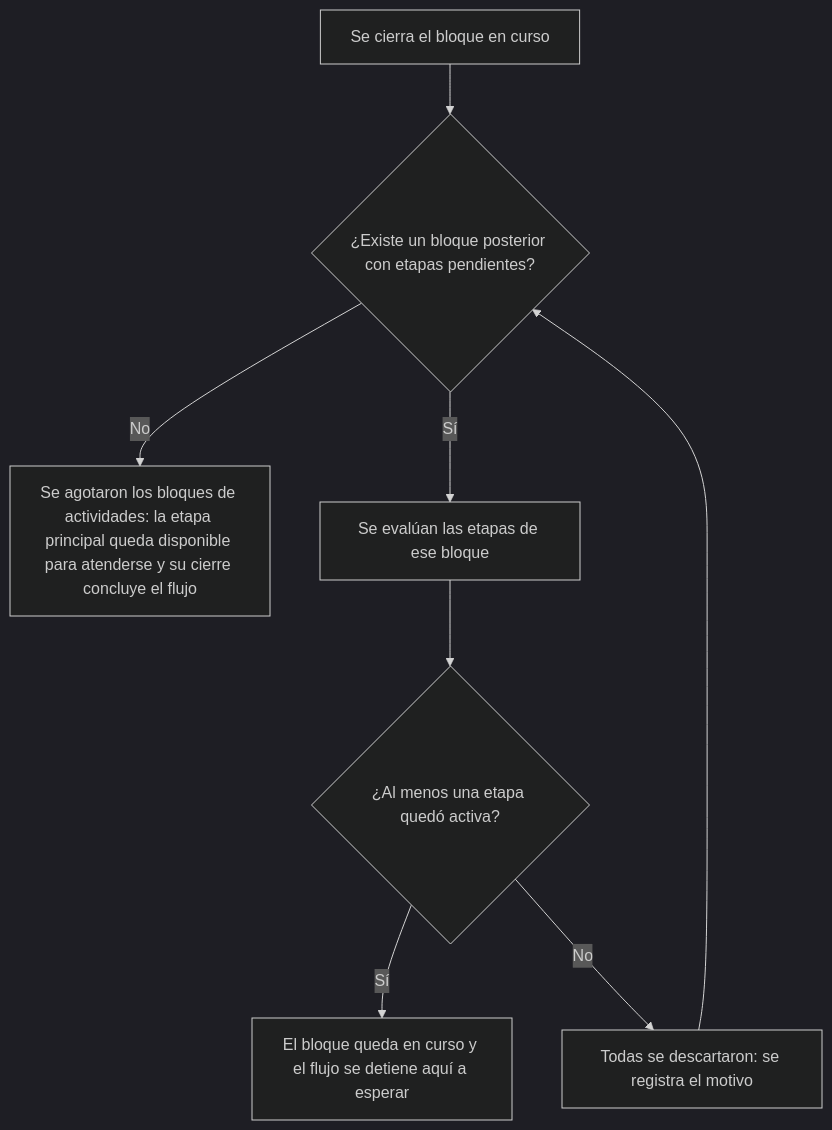
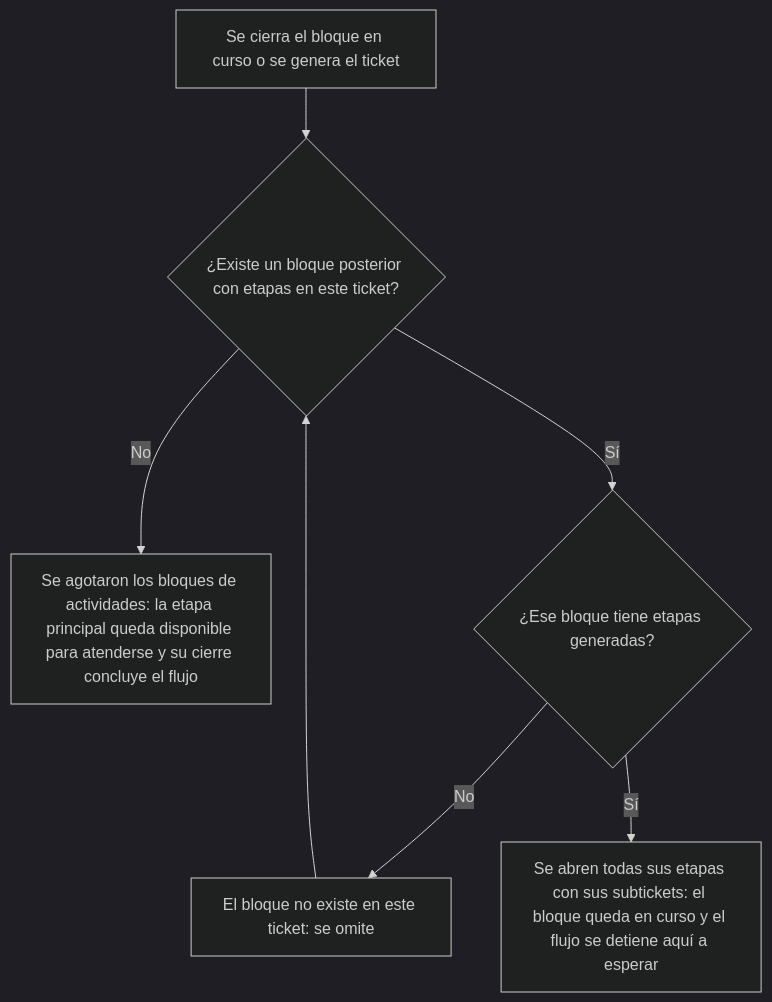
Before and after one commit to solis1408/Business-Suite: the fifth of 5 diagrams in docs/Proyectos/iNN/Baja usuario - Ticket escalonado/Ejecución del Flujo de Trabajo de Tickets por Bloques.md, drawn with Mermaid (dark theme). The commit also changed other lines of this file, not shown here.

First line of the commit message:
docs(computo): cierra las preguntas abiertas y reduce el alcance a seis RF

````diff
--- a/docs/Proyectos/iNN/Baja usuario - Ticket escalonado/Ejecución del Flujo de Trabajo de Tickets por Bloques.md
+++ b/docs/Proyectos/iNN/Baja usuario - Ticket escalonado/Ejecución del Flujo de Trabajo de Tickets por Bloques.md
@@ -1043,10 +1038,9 @@
 ```mermaid
 flowchart TD
-    A[Se cierra el bloque en curso] --> B{¿Existe un bloque posterior con etapas pendientes?}
+    A[Se cierra el bloque en curso o se genera el ticket] --> B{¿Existe un bloque posterior con etapas en este ticket?}
     B -- No --> C[Se agotaron los bloques de actividades: la etapa principal queda disponible para atenderse y su cierre concluye el flujo]
-    B -- Sí --> D[Se evalúan las etapas de ese bloque]
-    D --> E{¿Al menos una etapa quedó activa?}
-    E -- Sí --> F[El bloque queda en curso y el flujo se detiene aquí a esperar]
-    E -- No --> G[Todas se descartaron: se registra el motivo]
-    G --> B
+    B -- Sí --> D{¿Ese bloque tiene etapas generadas?}
+    D -- No --> E[El bloque no existe en este ticket: se omite]
+    E --> B
+    D -- Sí --> F[Se abren todas sus etapas con sus subtickets: el bloque queda en curso y el flujo se detiene aquí a esperar]
 ```
````
